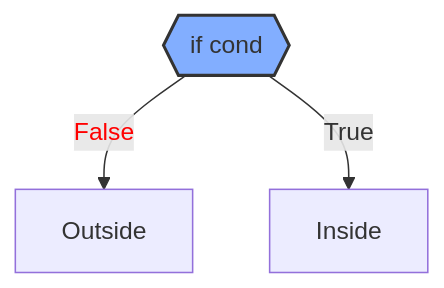
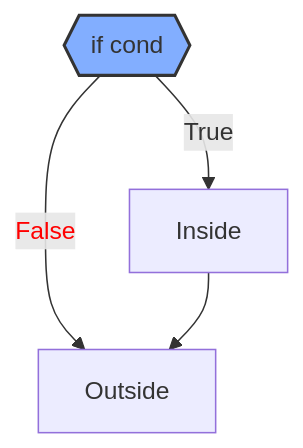
One commit to hanoufalmogri/python changed the second of 16 diagrams in book/chapters/03_control_flow/a_control_flow.qmd. Above: the diagram before and after it, drawn with Mermaid. The commit also changed other lines of this file and 6 other files, not shown here.

Commit message:
Review: 0 - 3 (intro - control flow)

````diff
--- a/book/chapters/03_control_flow/a_control_flow.qmd
+++ b/book/chapters/03_control_flow/a_control_flow.qmd
@@ -35,8 +34,8 @@
 ```{mermaid}
 flowchart TD
     IF{{if cond}} -- False --> X["Outside"]
-    IF -- True --> Y["Inside"]
+    IF -- True --> Y["Inside"] --> X["Outside"]
 
   style IF fill:#82aeff, stroke:#333, stroke-width:2px;
   linkStyle 0 color:red;
 ```
````
